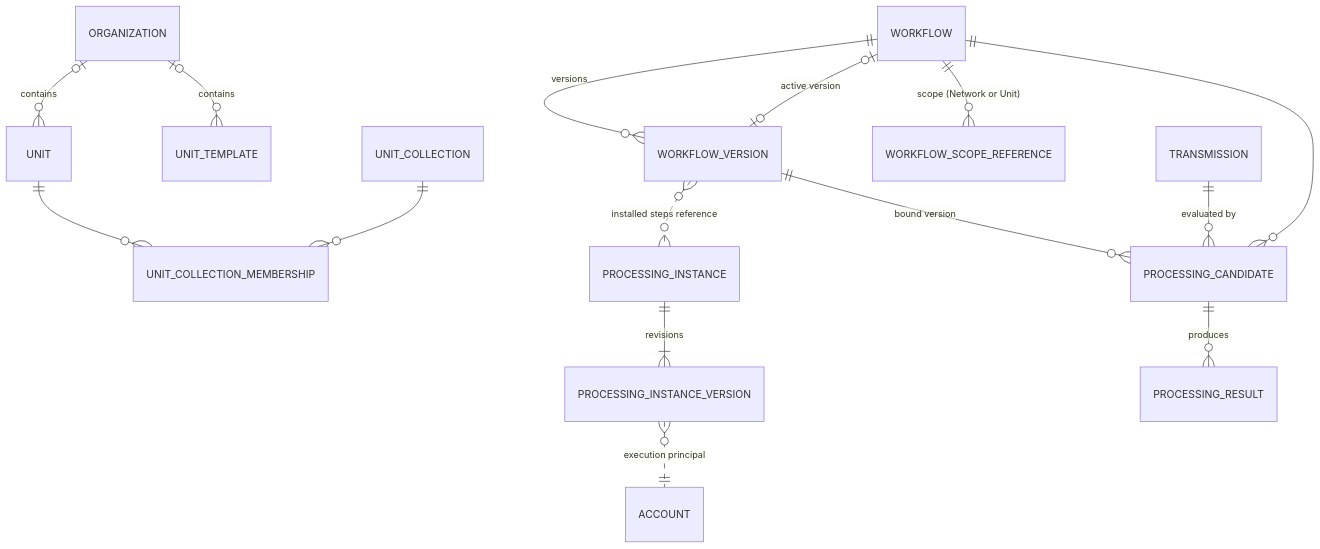
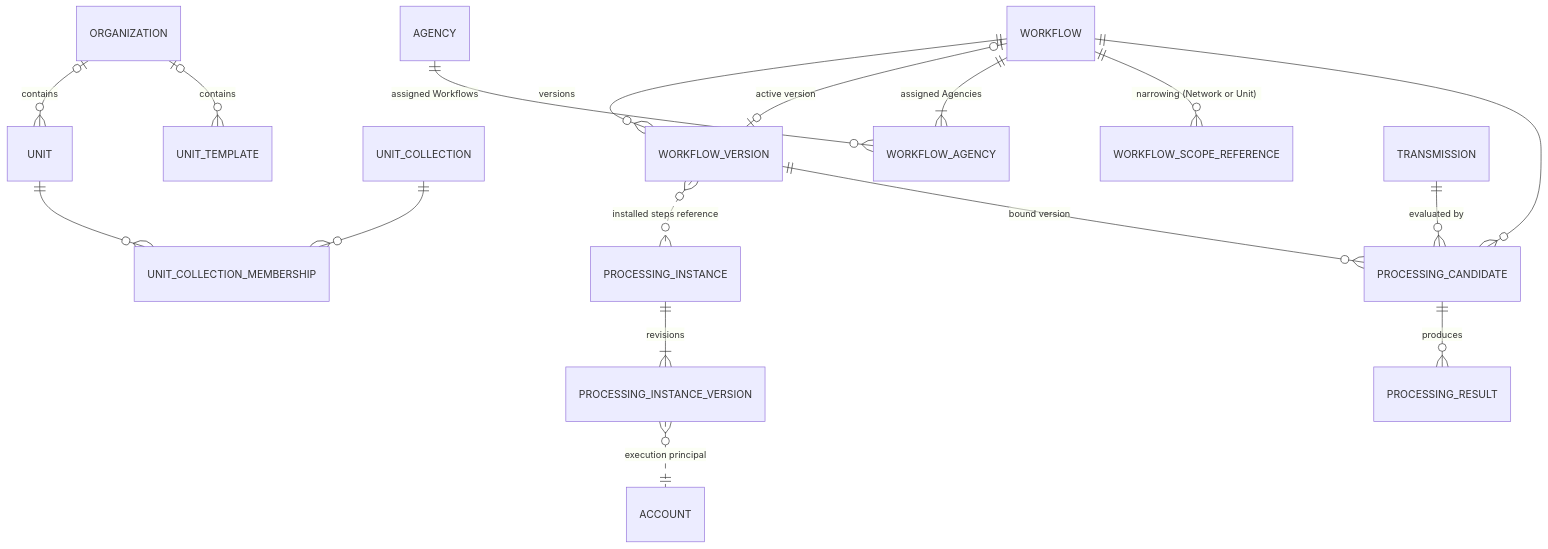
The fifth of 7 diagrams in docs/architecture.md (gopager/gopager), drawn with Mermaid before and after one commit. The commit also changed other lines of this file and 299 other files, not shown here.

First line of the commit message:
feat: attribute schemas, Agency-bound definitions and a shared field registry (#6)

````diff
--- a/docs/architecture.md
+++ b/docs/architecture.md
@@ -281,17 +284,19 @@
 ```mermaid
 erDiagram
     ORGANIZATION |o--o{ UNIT : contains
     ORGANIZATION |o--o{ UNIT_TEMPLATE : contains
     UNIT ||--o{ UNIT_COLLECTION_MEMBERSHIP : ""
     UNIT_COLLECTION ||--o{ UNIT_COLLECTION_MEMBERSHIP : ""
     WORKFLOW ||--o{ WORKFLOW_VERSION : versions
     WORKFLOW |o--o| WORKFLOW_VERSION : "active version"
-    WORKFLOW ||--o{ WORKFLOW_SCOPE_REFERENCE : "scope (Network or Unit)"
+    WORKFLOW ||--|{ WORKFLOW_AGENCY : "assigned Agencies"
+    AGENCY ||--o{ WORKFLOW_AGENCY : "assigned Workflows"
+    WORKFLOW ||--o{ WORKFLOW_SCOPE_REFERENCE : "narrowing (Network or Unit)"
     WORKFLOW_VERSION }o..o{ PROCESSING_INSTANCE : "installed steps reference"
     PROCESSING_INSTANCE ||--|{ PROCESSING_INSTANCE_VERSION : revisions
     PROCESSING_INSTANCE_VERSION }o..|| ACCOUNT : "execution principal"
     TRANSMISSION ||--o{ PROCESSING_CANDIDATE : "evaluated by"
     WORKFLOW ||--o{ PROCESSING_CANDIDATE : ""
     WORKFLOW_VERSION ||--o{ PROCESSING_CANDIDATE : "bound version"
     PROCESSING_CANDIDATE ||--o{ PROCESSING_RESULT : produces
 ```
````
